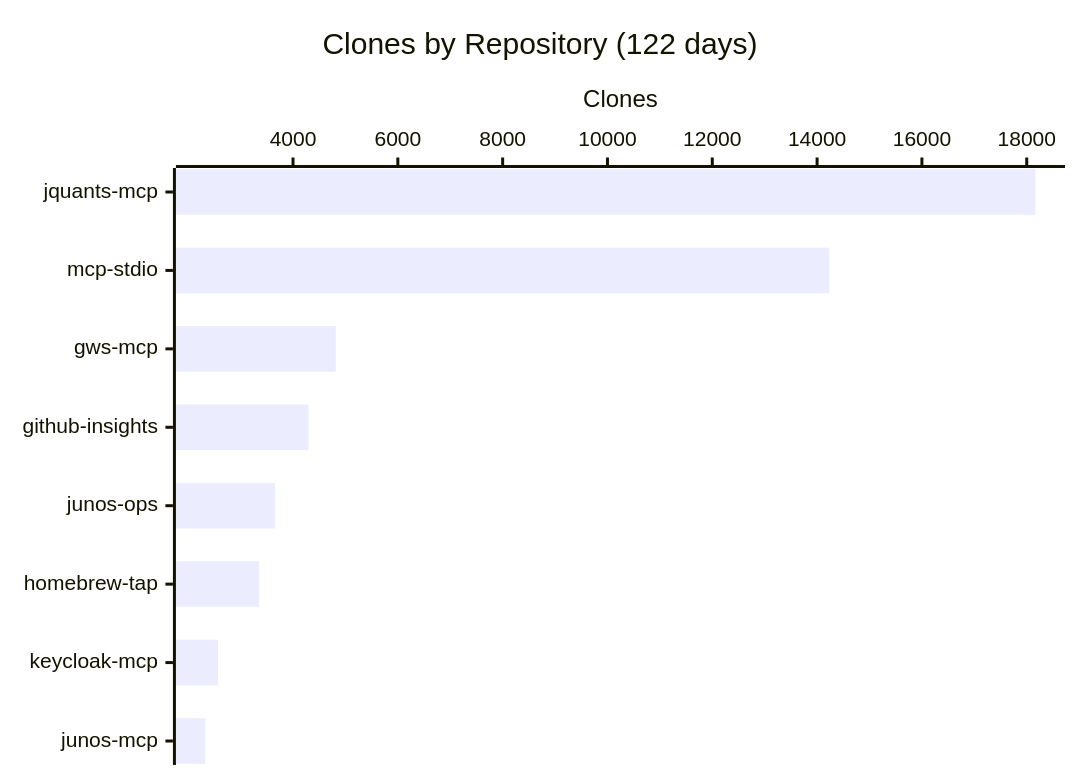
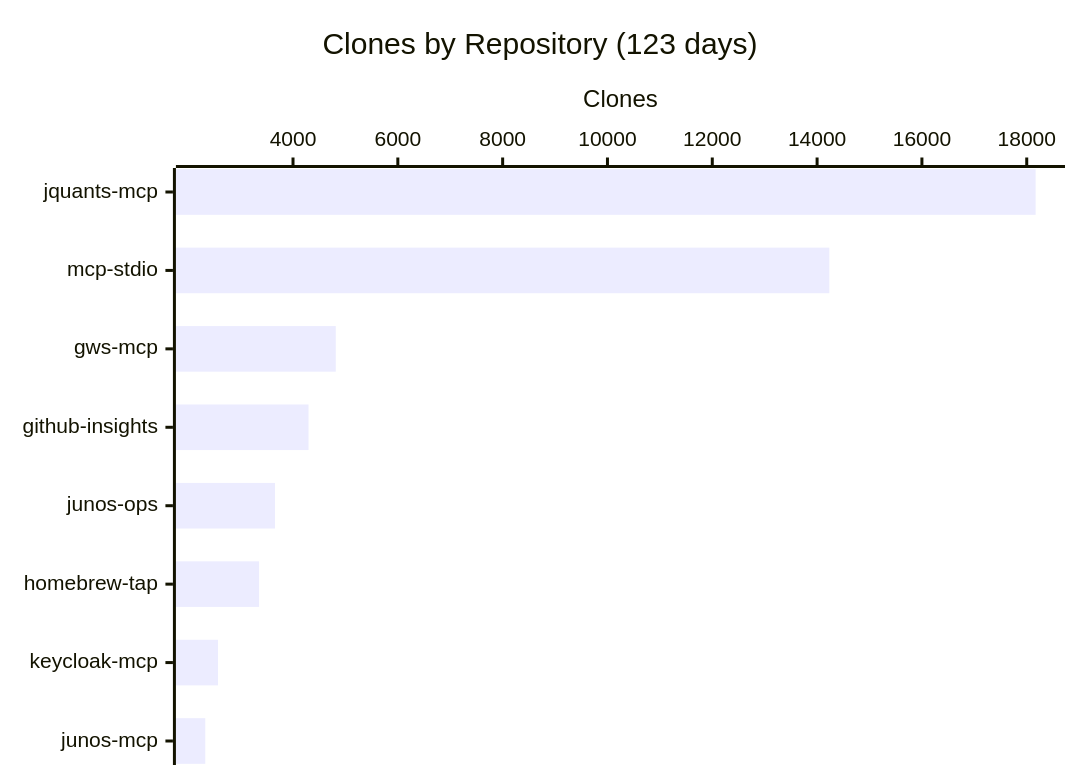
One commit to shigechika/github-insights changed the fourth of 4 diagrams in README.md. Above: the diagram before and after it, drawn with Mermaid. The commit also changed other lines of this file and 2 other files, not shown here.

````diff
--- a/README.md
+++ b/README.md
@@ -58,7 +58,7 @@
 ```mermaid
 xychart-beta horizontal
-    title "Clones by Repository (122 days)"
+    title "Clones by Repository (123 days)"
     x-axis ["jquants-mcp", "mcp-stdio", "gws-mcp", "github-insights", "junos-ops", "homebrew-tap", "keycloak-mcp", "junos-mcp"]
     y-axis "Clones"
     bar [18170, 14233, 4816, 4296, 3657, 3352, 2569, 2326]
 ```
````
